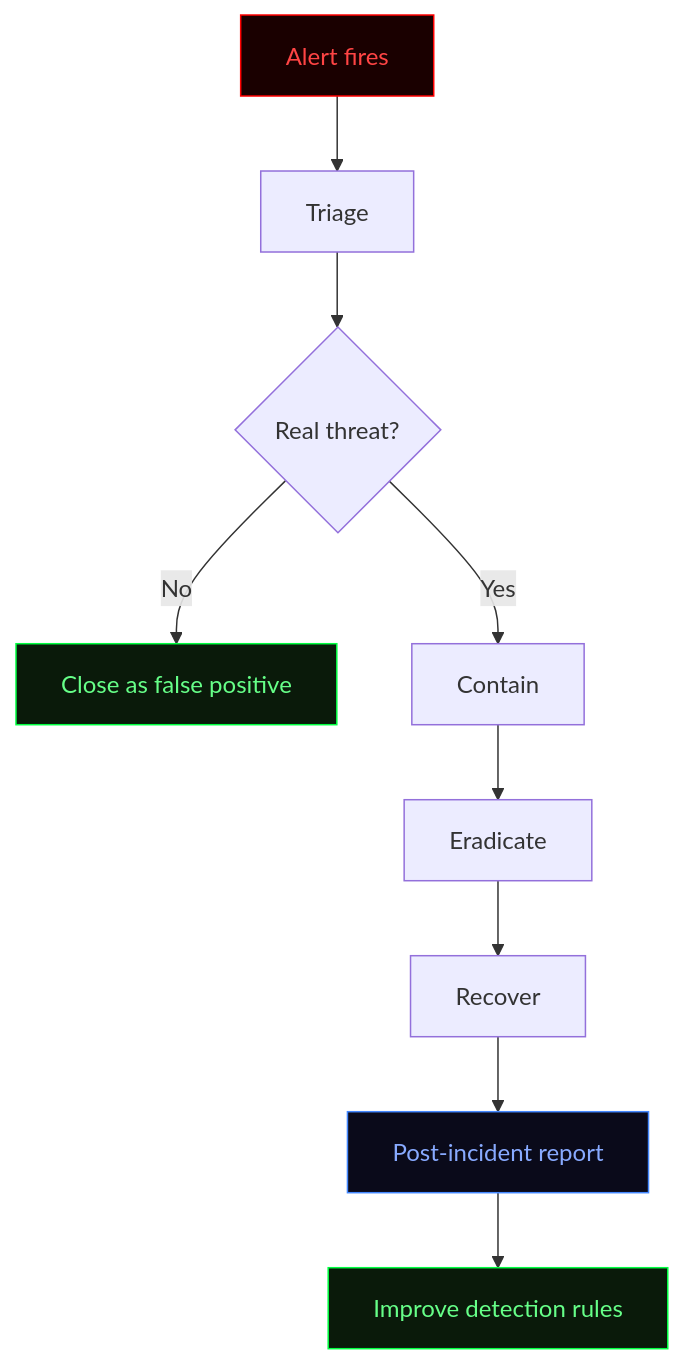
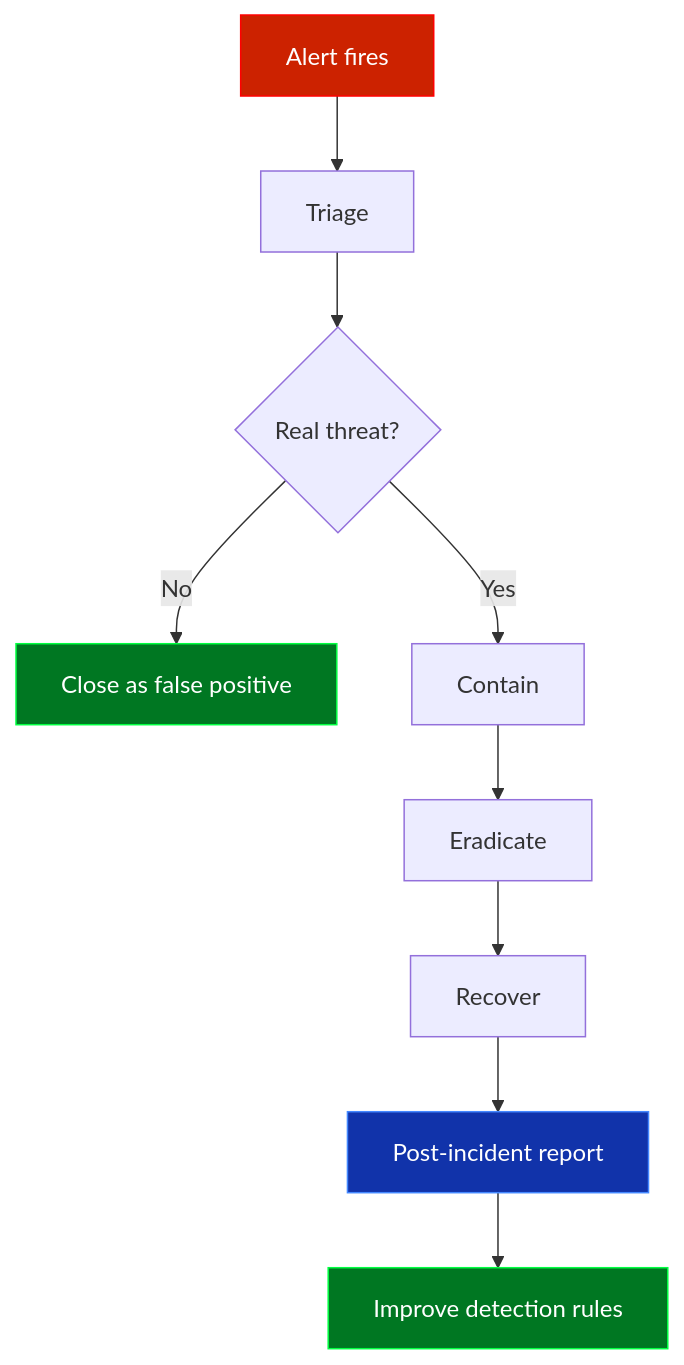
The seventh of 8 diagrams in README.md (Speed-boo3/soc-project), drawn with Mermaid before and after one commit. The commit also changed other lines of this file, not shown here.

Commit message:
Fix diagram colors: bright readable nodes on all diagrams

````diff
--- a/README.md
+++ b/README.md
@@ -228,16 +266,16 @@
 ```mermaid
 flowchart TD
     A[Alert fires] --> B[Triage]
     B --> C{Real threat?}
     C -->|No| D[Close as false positive]
     C -->|Yes| E[Contain]
     E --> F[Eradicate]
     F --> G[Recover]
     G --> H[Post-incident report]
     H --> I[Improve detection rules]
 
-    style A fill:#1a0000,color:#ff4444,stroke:#ff0000
-    style D fill:#0a1a0a,color:#66ff88,stroke:#00ff41
-    style H fill:#0a0a1a,color:#88aaff,stroke:#4488ff
-    style I fill:#0a1a0a,color:#66ff88,stroke:#00ff41
+    style A fill:#cc2200,color:#ffffff,stroke:#ff0000
+    style D fill:#007722,color:#ffffff,stroke:#00ff41
+    style H fill:#1133aa,color:#ffffff,stroke:#4488ff
+    style I fill:#007722,color:#ffffff,stroke:#00ff41
 ```
````
